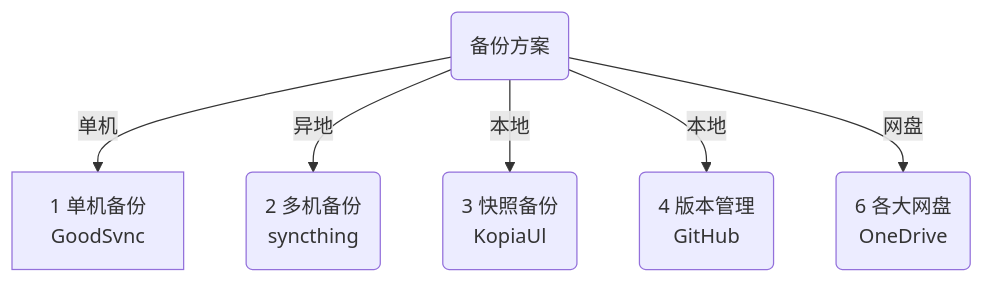
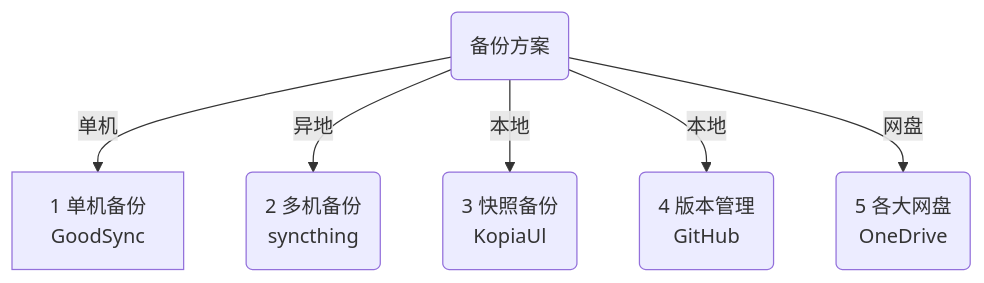
Before and after one commit to kickTiger/obsidian-doc: the diagram in docs/src/zh/documentation/ob备份方案.md, drawn with Mermaid. The commit also changed other lines of this file and 2 other files, not shown here.

````diff
--- a/docs/src/zh/documentation/ob备份方案.md
+++ b/docs/src/zh/documentation/ob备份方案.md
@@ -15,9 +22,9 @@
 ```mermaid
   flowchart TB
-      A("备份方案") -->|"单机"| B["1 单机备份<br>GoodSvnc"]
+      A("备份方案") -->|"单机"| B["1 单机备份<br>GoodSync"]
       A -->|"异地"| C("2 多机备份<br>syncthing")
       A -->|"本地"| D("3 快照备份<br>KopiaUl")
       A -->|"本地"| E("4 版本管理<br>GitHub")
-      A -->|"网盘"| F("6 各大网盘<br>OneDrive")
+      A -->|"网盘"| F("5 各大网盘<br>OneDrive")
 	  
 ```
````
